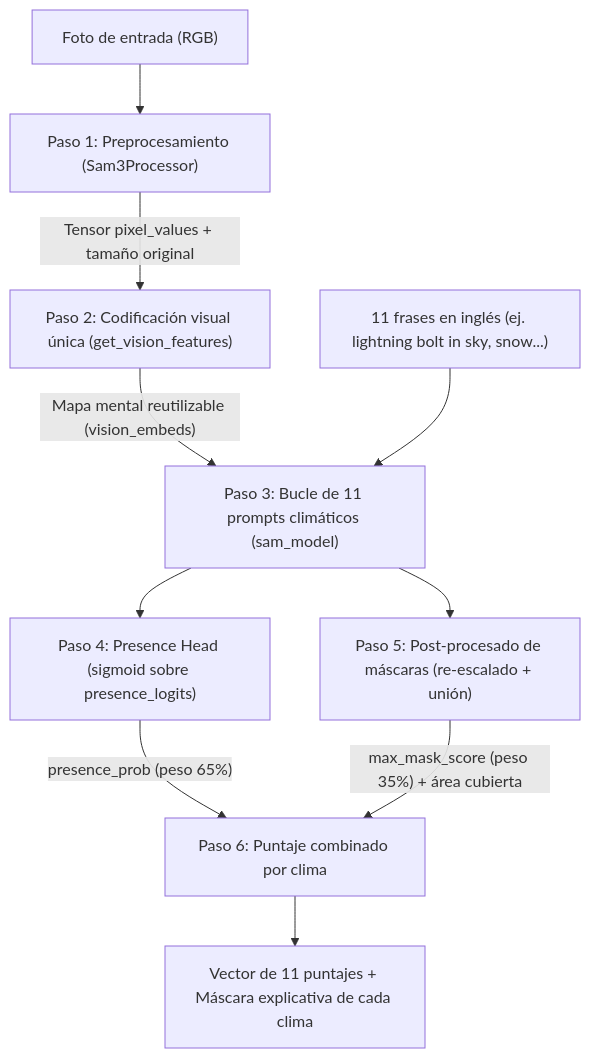
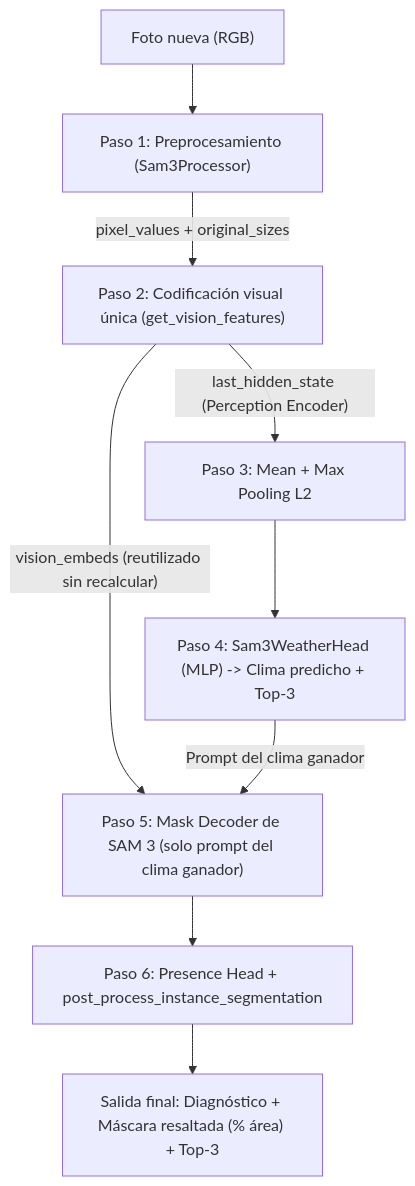
One commit to pipecadav/cnn-sam-project changed the third of 3 diagrams in README.md. Above: the diagram before and after it, drawn with Mermaid. The commit also changed other lines of this file and 1 other file, not shown here.

Commit message:
Modified SAM3 Training Approach

````diff
--- a/README.md
+++ b/README.md
@@ -190,12 +218,11 @@
 ```mermaid
 flowchart TD
-    I["Foto de entrada (RGB)"] --> P1["Paso 1: Preprocesamiento (Sam3Processor)"]
-    P1 -->|"Tensor pixel_values + tamaño original"| P2["Paso 2: Codificación visual única (get_vision_features)"]
-    P2 -->|"Mapa mental reutilizable (vision_embeds)"| P3["Paso 3: Bucle de 11 prompts climáticos (sam_model)"]
-    TXT["11 frases en inglés (ej. lightning bolt in sky, snow...)"] --> P3
-    P3 --> P4["Paso 4: Presence Head (sigmoid sobre presence_logits)"]
-    P3 --> P5["Paso 5: Post-procesado de máscaras (re-escalado + unión)"]
-    P4 -->|"presence_prob (peso 65%)"| P6["Paso 6: Puntaje combinado por clima"]
-    P5 -->|"max_mask_score (peso 35%) + área cubierta"| P6
-    P6 --> OUT["Vector de 11 puntajes + Máscara explicativa de cada clima"]
+    I["Foto nueva (RGB)"] --> P1["Paso 1: Preprocesamiento (Sam3Processor)"]
+    P1 -->|"pixel_values + original_sizes"| P2["Paso 2: Codificación visual única (get_vision_features)"]
+    P2 -->|"last_hidden_state (Perception Encoder)"| P3["Paso 3: Mean + Max Pooling L2"]
+    P3 --> P4["Paso 4: Sam3WeatherHead (MLP) -> Clima predicho + Top-3"]
+    P2 -->|"vision_embeds (reutilizado sin recalcular)"| P5["Paso 5: Mask Decoder de SAM 3 (solo prompt del clima ganador)"]
+    P4 -->|"Prompt del clima ganador"| P5
+    P5 --> P6["Paso 6: Presence Head + post_process_instance_segmentation"]
+    P6 --> OUT["Salida final: Diagnóstico + Máscara resaltada (% área) + Top-3"]
 ```
````
